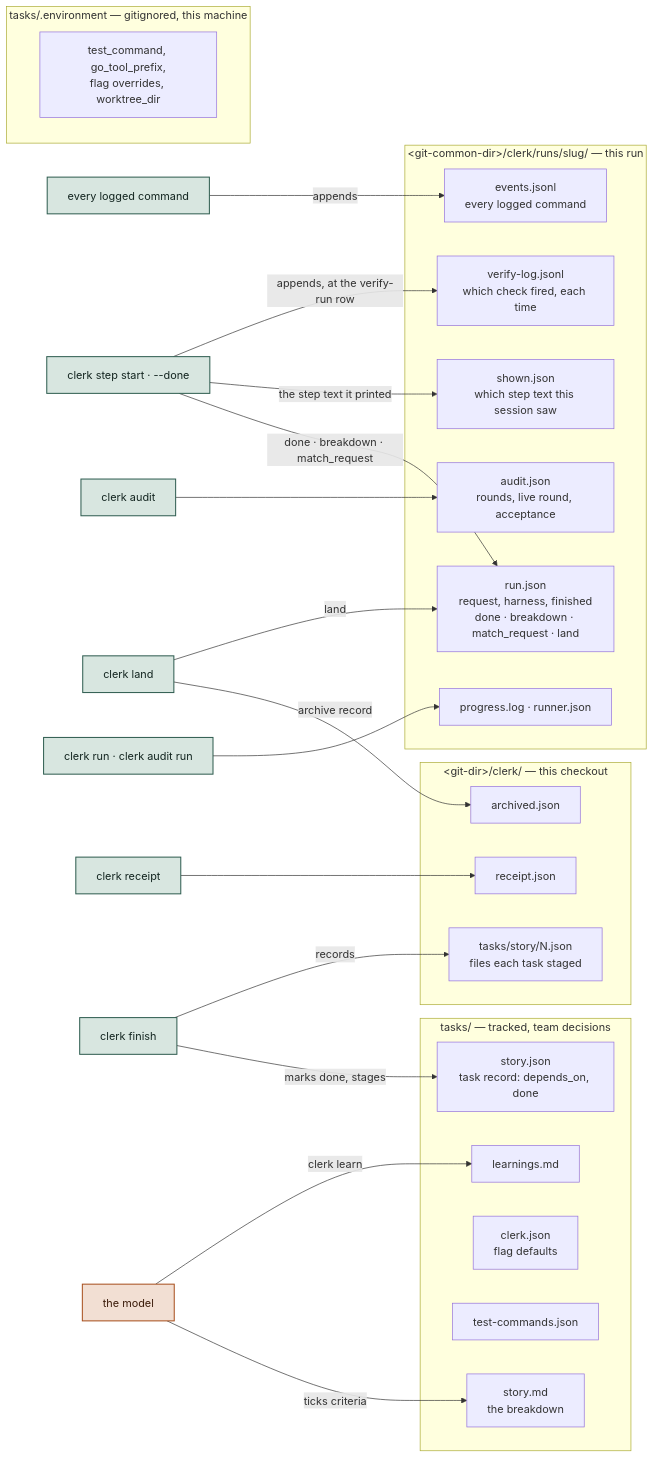
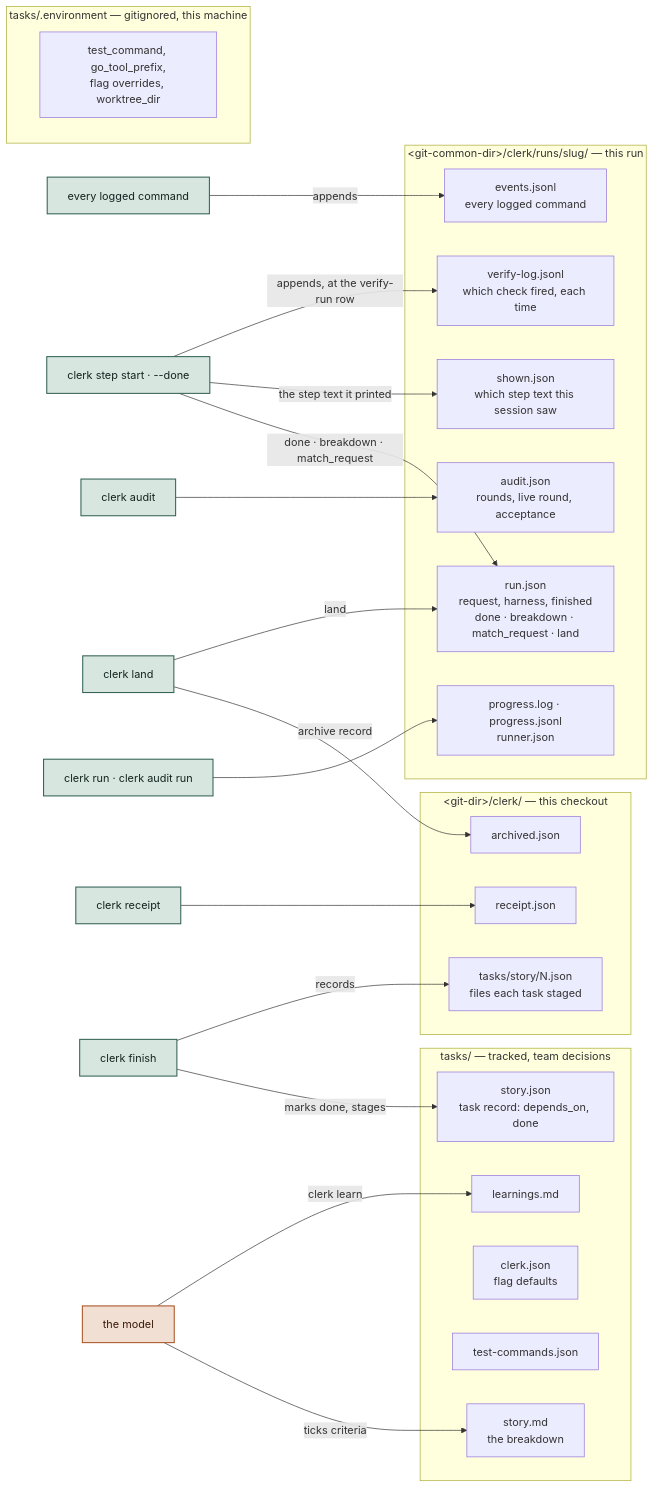
The fifth of 11 diagrams in docs/clerk-structure.md (hpcsc/dotfiles), drawn with Mermaid before and after one commit. The commit also changed other lines of this file, not shown here.

````diff
--- a/docs/clerk-structure.md
+++ b/docs/clerk-structure.md
@@ -125,43 +125,43 @@
 ```mermaid
 flowchart LR
   subgraph T["tasks/ — tracked, team decisions"]
     bd["story.md<br/>the breakdown"]
     sc["story.json<br/>task record: depends_on, done"]
     cj["clerk.json<br/>flag defaults"]
     tc["test-commands.json"]
     lp["learnings.md"]
   end
   subgraph E["tasks/.environment — gitignored, this machine"]
     env["test_command, go_tool_prefix,<br/>flag overrides, worktree_dir"]
   end
   subgraph G["&lt;git-dir&gt;/clerk/ — this checkout"]
     rc["receipt.json"]
     ar["archived.json"]
     tr["tasks/story/N.json<br/>files each task staged"]
   end
   subgraph R["&lt;git-common-dir&gt;/clerk/runs/slug/ — this run"]
     rj["run.json<br/>request, harness, finished<br/>done · breakdown · match_request · land"]
     ev["events.jsonl<br/>every logged command"]
     vl["verify-log.jsonl<br/>which check fired, each time"]
     aj["audit.json<br/>rounds, live round, acceptance"]
     sh["shown.json<br/>which step text this session saw"]
-    pl["progress.log · runner.json"]
+    pl["progress.log · progress.jsonl<br/>runner.json"]
   end
   finish["clerk finish"]:::clerk -->|marks done, stages| sc
   finish -->|records| tr
   receipt["clerk receipt"]:::clerk --> rc
   land["clerk land"]:::clerk -->|archive record| ar
   land -->|land| rj
   logged["every logged command"]:::clerk -->|appends| ev
   step["clerk step start · --done"]:::clerk -->|done · breakdown · match_request| rj
   step -->|the step text it printed| sh
   step -->|appends, at the verify-run row| vl
   audit["clerk audit"]:::clerk --> aj
   run["clerk run · clerk audit run"]:::clerk --> pl
   model["the model"]:::you -->|ticks criteria| bd
   model -->|clerk learn| lp
   classDef clerk fill:#D8E6E0,stroke:#2F5D50,stroke-width:1.5px,color:#132520
   classDef you fill:#F2DFD3,stroke:#A8501E,stroke-width:1.5px,color:#3A1A08
   classDef plain fill:#EEF0EC,stroke:#5C645F,stroke-width:1px,color:#1B1F1D
   classDef file fill:#FFFFFF,stroke:#9AA39D,stroke-width:1px,color:#1B1F1D
 ```
````
